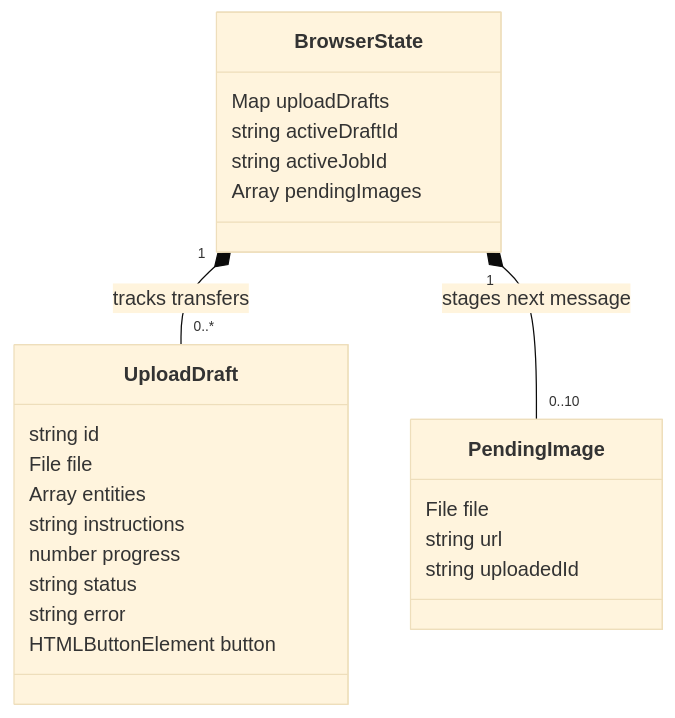
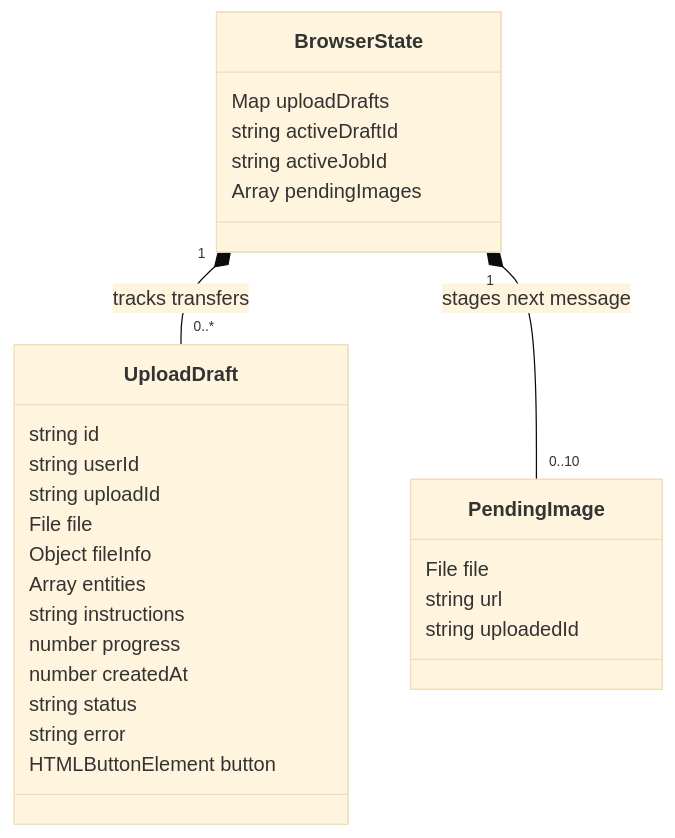
One commit to krishnakv24/Video-Analyzer-Agent changed the third of 5 diagrams in docs/design/frontend-design.md. Above: the diagram before and after it, drawn with Mermaid (base theme). The commit also changed other lines of this file and 14 other files, not shown here.

````diff
--- a/docs/design/frontend-design.md
+++ b/docs/design/frontend-design.md
@@ -122,26 +149,30 @@
 ```mermaid
 classDiagram
     class BrowserState {
         Map uploadDrafts
         string activeDraftId
         string activeJobId
         Array pendingImages
     }
     class UploadDraft {
         string id
+        string userId
+        string uploadId
         File file
+        Object fileInfo
         Array entities
         string instructions
         number progress
+        number createdAt
         string status
         string error
         HTMLButtonElement button
     }
     class PendingImage {
         File file
         string url
         string uploadedId
     }
     BrowserState "1" *-- "0..*" UploadDraft : tracks transfers
     BrowserState "1" *-- "0..10" PendingImage : stages next message
 ```
````
